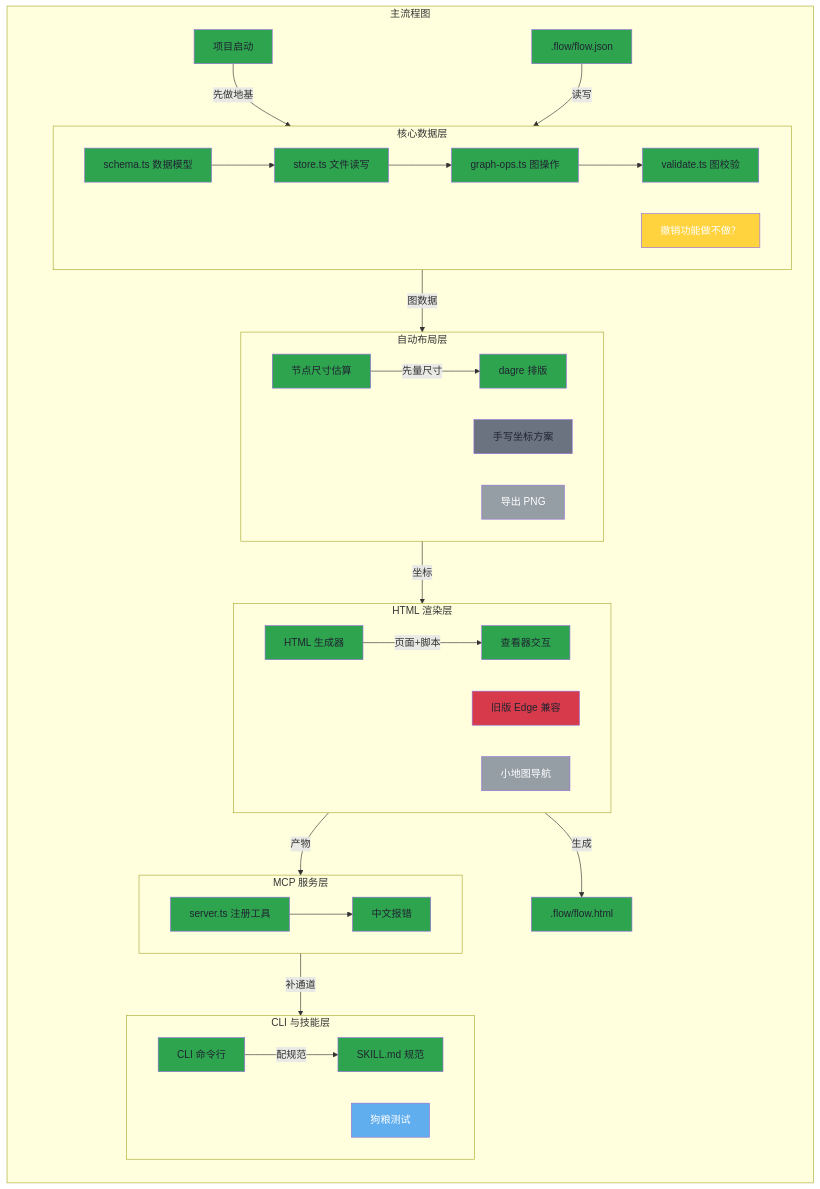
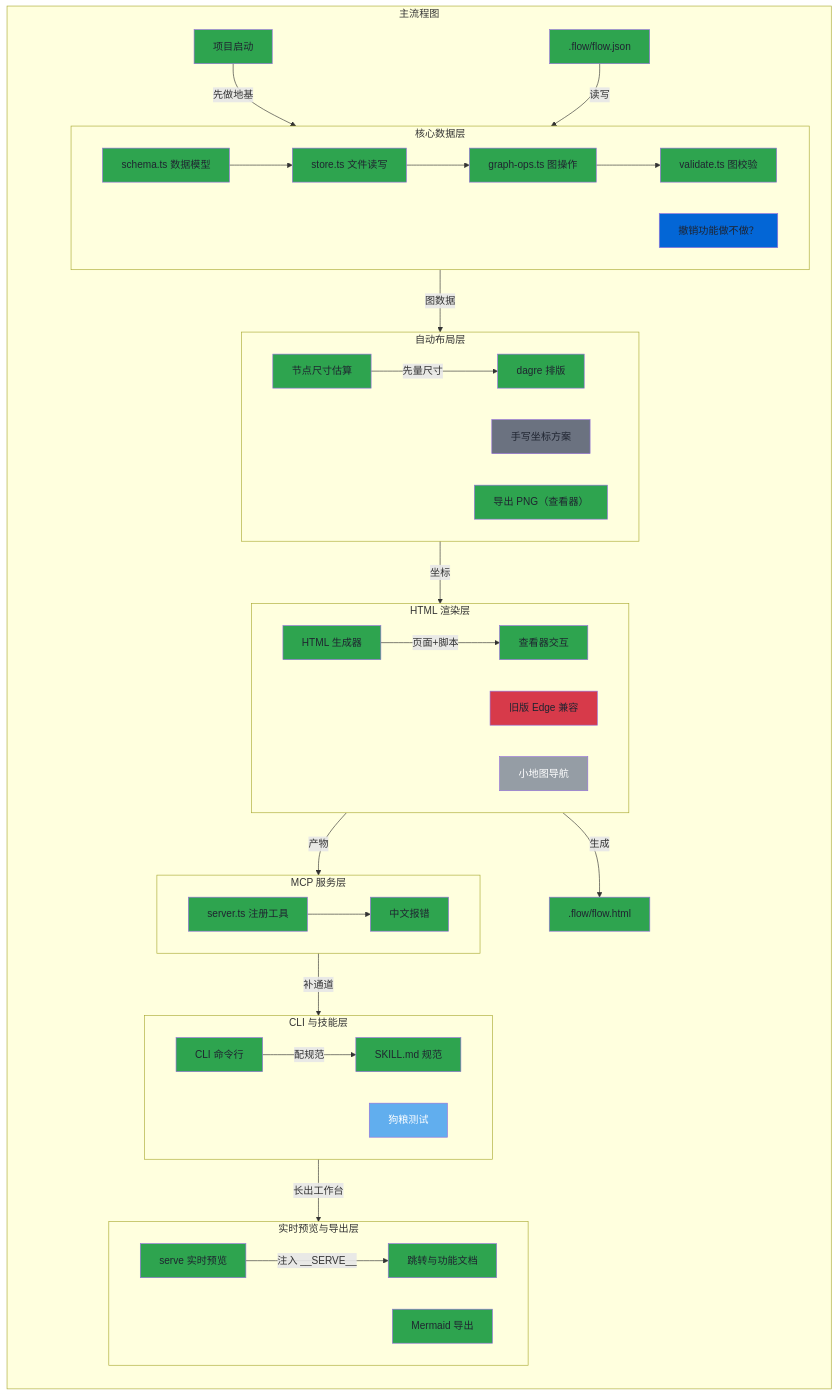
The diagram in .flow/flow.mmd (wysdshg/agent-flow), drawn with Mermaid before and after one commit. The commit also changed 8 other files, not shown here.

```diff
--- a/.flow/flow.mmd
+++ b/.flow/flow.mmd
@@ -1,61 +1,68 @@
 flowchart LR
 classDef completed fill:#2ea44f,color:#1f2430
 classDef in_progress fill:#61aeee,color:#ffffff
 classDef planned fill:#0366d6,color:#1f2430
 classDef broken fill:#d73a4a,color:#1f2430
 classDef to_plan fill:#959da5,color:#ffffff
 classDef pending_decision fill:#ffd33d,color:#ffffff
 classDef deprecated fill:#6b7280,color:#1f2430
 subgraph mod_0[主流程图]
   n0_S_start["项目启动"]
   n0_F_flowjson[".flow/flow.json"]
   n0_F_flowhtml[".flow/flow.html"]
   subgraph mod_1[核心数据层]
     n1_P1_schema["schema.ts 数据模型"]
     n1_P1_store["store.ts 文件读写"]
     n1_P1_ops["graph-ops.ts 图操作"]
     n1_P1_validate["validate.ts 图校验"]
     n1_J1_undo["撤销功能做不做？"]
     n1_P1_schema --> n1_P1_store
     n1_P1_store --> n1_P1_ops
     n1_P1_ops --> n1_P1_validate
   end
   subgraph mod_2[自动布局层]
     n2_P2_dagre["dagre 排版"]
     n2_P2_size["节点尺寸估算"]
     n2_OLD_manual["手写坐标方案"]
-    n2_P2_export["导出 PNG"]
+    n2_P2_export["导出 PNG（查看器）"]
     n2_P2_size -->|先量尺寸| n2_P2_dagre
   end
   subgraph mod_3[HTML 渲染层]
     n3_P3_html["HTML 生成器"]
     n3_P3_viewer["查看器交互"]
     n3_P3_compat["旧版 Edge 兼容"]
     n3_P3_minimap["小地图导航"]
     n3_P3_html -->|页面+脚本| n3_P3_viewer
   end
   subgraph mod_4[MCP 服务层]
     n4_P4_server["server.ts 注册工具"]
     n4_P4_err["中文报错"]
     n4_P4_server --> n4_P4_err
   end
   subgraph mod_5[CLI 与技能层]
     n5_P5_cli["CLI 命令行"]
     n5_P5_skill["SKILL.md 规范"]
     n5_P5_test["狗粮测试"]
     n5_P5_cli -->|配规范| n5_P5_skill
   end
+  subgraph mod_6[实时预览与导出层]
+    n6_P6_serve["serve 实时预览"]
+    n6_P6_jump["跳转与功能文档"]
+    n6_P6_export["Mermaid 导出"]
+    n6_P6_serve -->|注入 __SERVE__| n6_P6_jump
+  end
   n0_S_start -->|先做地基| mod_1
   mod_1 -->|图数据| mod_2
   mod_2 -->|坐标| mod_3
   mod_3 -->|产物| mod_4
   mod_4 -->|补通道| mod_5
   n0_F_flowjson -->|读写| mod_1
   mod_3 -->|生成| n0_F_flowhtml
+  mod_5 -->|长出工作台| mod_6
 end
-class n0_S_start,n0_F_flowjson,n0_F_flowhtml,n1_P1_schema,n1_P1_store,n1_P1_ops,n1_P1_validate,n2_P2_dagre,n2_P2_size,n3_P3_html,n3_P3_viewer,n4_P4_server,n4_P4_err,n5_P5_cli,n5_P5_skill completed
+class n0_S_start,n0_F_flowjson,n0_F_flowhtml,n1_P1_schema,n1_P1_store,n1_P1_ops,n1_P1_validate,n2_P2_dagre,n2_P2_size,n2_P2_export,n3_P3_html,n3_P3_viewer,n4_P4_server,n4_P4_err,n5_P5_cli,n5_P5_skill,n6_P6_serve,n6_P6_jump,n6_P6_export completed
 class n5_P5_test in_progress
+class n1_J1_undo planned
 class n3_P3_compat broken
-class n2_P2_export,n3_P3_minimap to_plan
-class n1_J1_undo pending_decision
+class n3_P3_minimap to_plan
 class n2_OLD_manual deprecated
```
